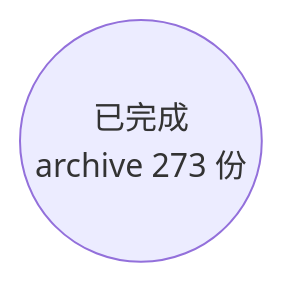
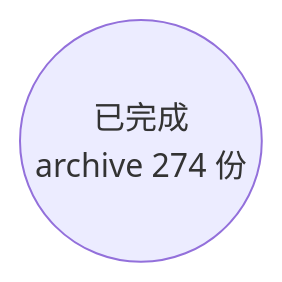
Before and after one commit to Halckon/Koven: the diagram in docs/specs/dependency-graph.md, drawn with Mermaid. The commit also changed other lines of this file and 35 other files, not shown here.

````diff
--- a/docs/specs/dependency-graph.md
+++ b/docs/specs/dependency-graph.md
@@ -9,4 +9,4 @@
 ```mermaid
 flowchart TD
-ARCH(("已完成<br/>archive 273 份"))
+ARCH(("已完成<br/>archive 274 份"))
 ```
````
